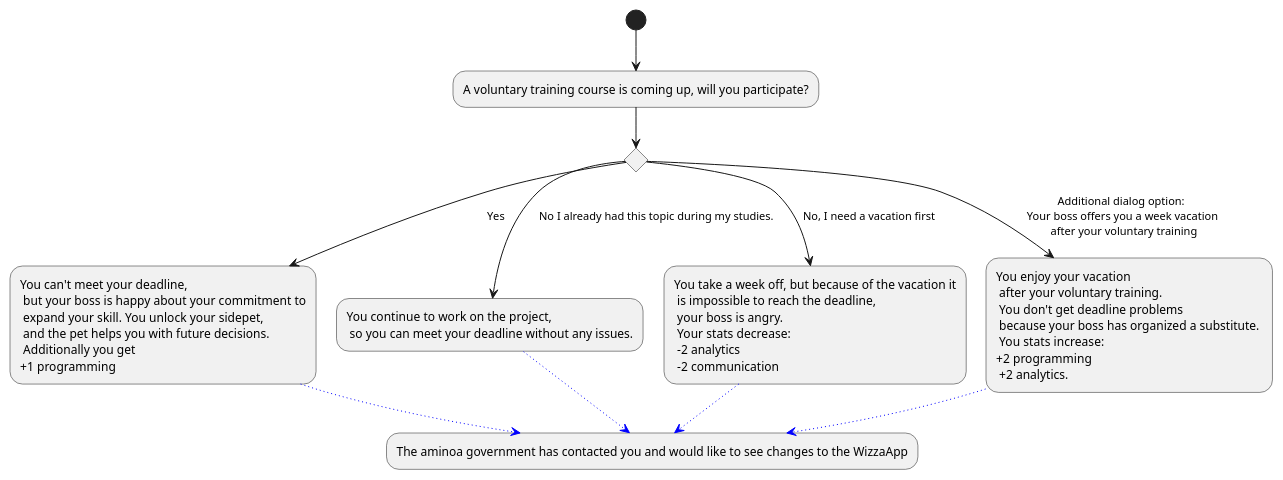
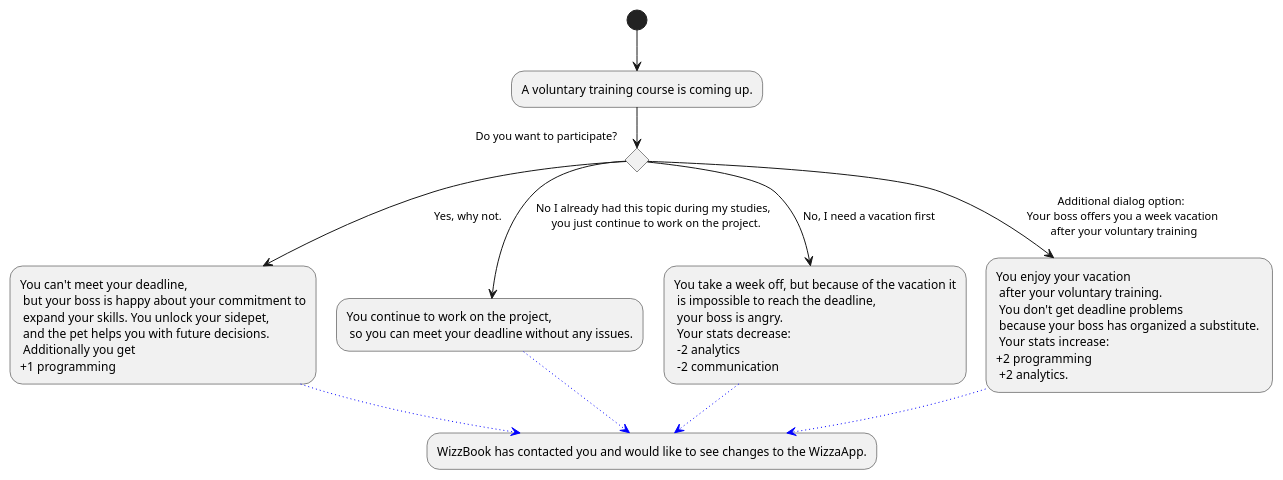
The diagram in Docs/Technical Specifications/docs/diagrams/StoryFlow/StoryFlow_Decision_9.puml (Brotenko/QualityQuest), drawn with PlantUML before and after one commit. The commit also changed 14 other files, not shown here.

```diff
--- a/Docs/Technical Specifications/docs/diagrams/StoryFlow/StoryFlow_Decision_9.puml
+++ b/Docs/Technical Specifications/docs/diagrams/StoryFlow/StoryFlow_Decision_9.puml
@@ -1,18 +1,18 @@
 @startuml
-(*) --> "A voluntary training course is coming up, will you participate?"
+(*) --> "A voluntary training course is coming up."
 
-if "" then
---> [Yes] "You can't meet your deadline,\n but your boss is happy about your commitment to\n expand your skill. You unlock your sidepet, \n and the pet helps you with future decisions.\n Additionally you get \n+1 programming" as a1
+if "Do you want to participate?" then
+--> [Yes, why not.] "You can't meet your deadline,\n but your boss is happy about your commitment to\n expand your skills. You unlock your sidepet, \n and the pet helps you with future decisions.\n Additionally you get \n+1 programming" as participate
 else
---> [No I already had this topic during my studies.] "You continue to work on the project, \n so you can meet your deadline without any issues." as a2
+--> [No I already had this topic during my studies, \n you just continue to work on the project.] "You continue to work on the project, \n so you can meet your deadline without any issues." as keepWorking
 else 
---> [No, I need a vacation first] "You take a week off, but because of the vacation it\n is impossible to reach the deadline, \n your boss is angry. \n Your stats decrease: \n -2 analytics \n -2 communication" as a3
+--> [No, I need a vacation first] "You take a week off, but because of the vacation it\n is impossible to reach the deadline, \n your boss is angry. \n Your stats decrease: \n -2 analytics \n -2 communication" as vacation
 else 
---> [Additional dialog option: \n Your boss offers you a week vacation \n after your voluntary training] "You enjoy your vacation \n after your voluntary training. \n You don't get deadline problems \n because your boss has organized a substitute. \n You stats increase: \n+2 programming \n +2 analytics."
+--> [Additional dialog option: \n Your boss offers you a week vacation \n after your voluntary training] "You enjoy your vacation \n after your voluntary training. \n You don't get deadline problems \n because your boss has organized a substitute. \n Your stats increase: \n+2 programming \n +2 analytics."
 endif
 'Note: project not final, its just a filler.
--[#blue,dotted]-> "The aminoa government has contacted you and would like to see changes to the WizzaApp" as app
-a2 -[#blue,dotted]-> app
-a1 -[#blue,dotted]-> app
-a3 -[#blue,dotted]-> app
+-[#blue,dotted]-> "WizzBook has contacted you and would like to see changes to the WizzaApp." as app
+keepWorking -[#blue,dotted]-> app
+participate -[#blue,dotted]-> app
+vacation -[#blue,dotted]-> app
 @enduml
```
